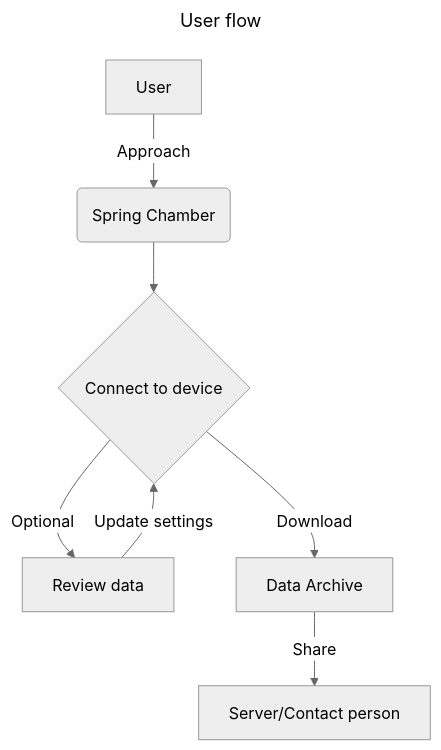
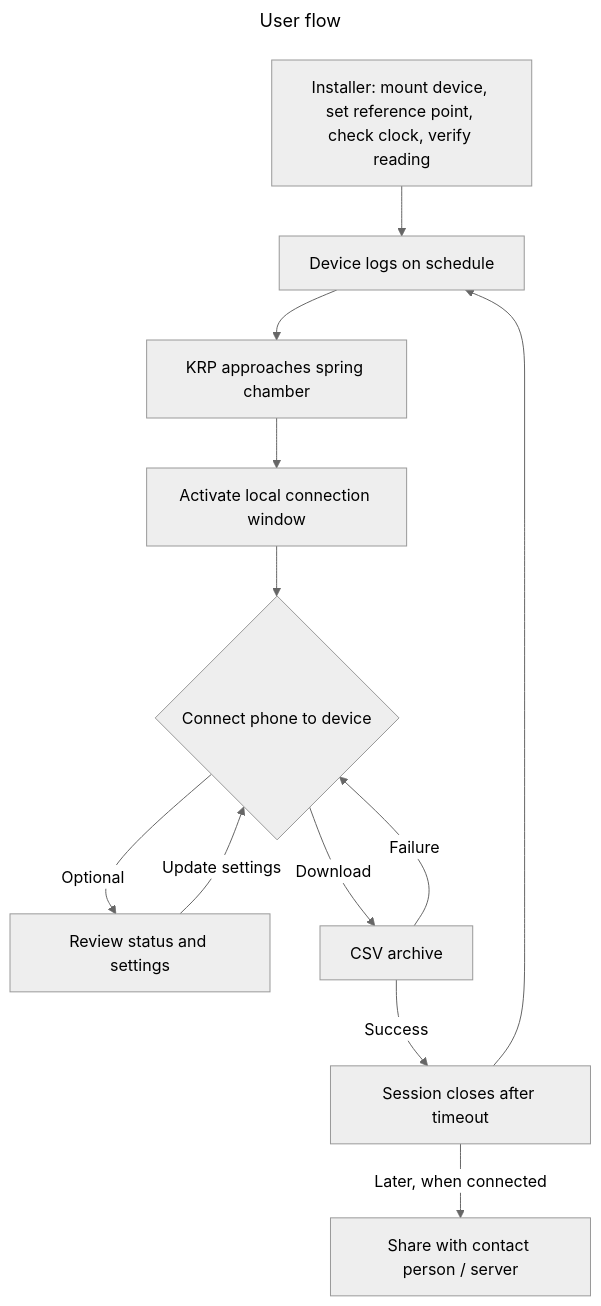
Before and after one commit to rametikala/WaterDischargeLogger: the first of 2 diagrams in README.md, drawn with Mermaid (neutral theme). The commit also changed other lines of this file, not shown here.

````diff
--- a/README.md
+++ b/README.md
@@ -54,12 +149,17 @@
 ```mermaid
 ---
 title: User flow
 ---
 flowchart TD
-    A[User] -->|Approach| B(Spring Chamber)
-    B --> C{Connect to device}
-    C -->|Optional|D[Review data]
-    D --> |Update settings|C
-    C -->|Download|E[Data Archive]
-    E --> |Share|F[Server/Contact person]
+    I[Installer: mount device, set reference point, check clock, verify reading] --> L[Device logs on schedule]
+    L --> A[KRP approaches spring chamber]
+    A --> B[Activate local connection window]
+    B --> C{Connect phone to device}
+    C -->|Optional| D[Review status and settings]
+    D -->|Update settings| C
+    C -->|Download| E[CSV archive]
+    E -->|Success| S[Session closes after timeout]
+    E -->|Failure| C
+    S --> L
+    S -->|Later, when connected| F[Share with contact person / server]
 ```
````
